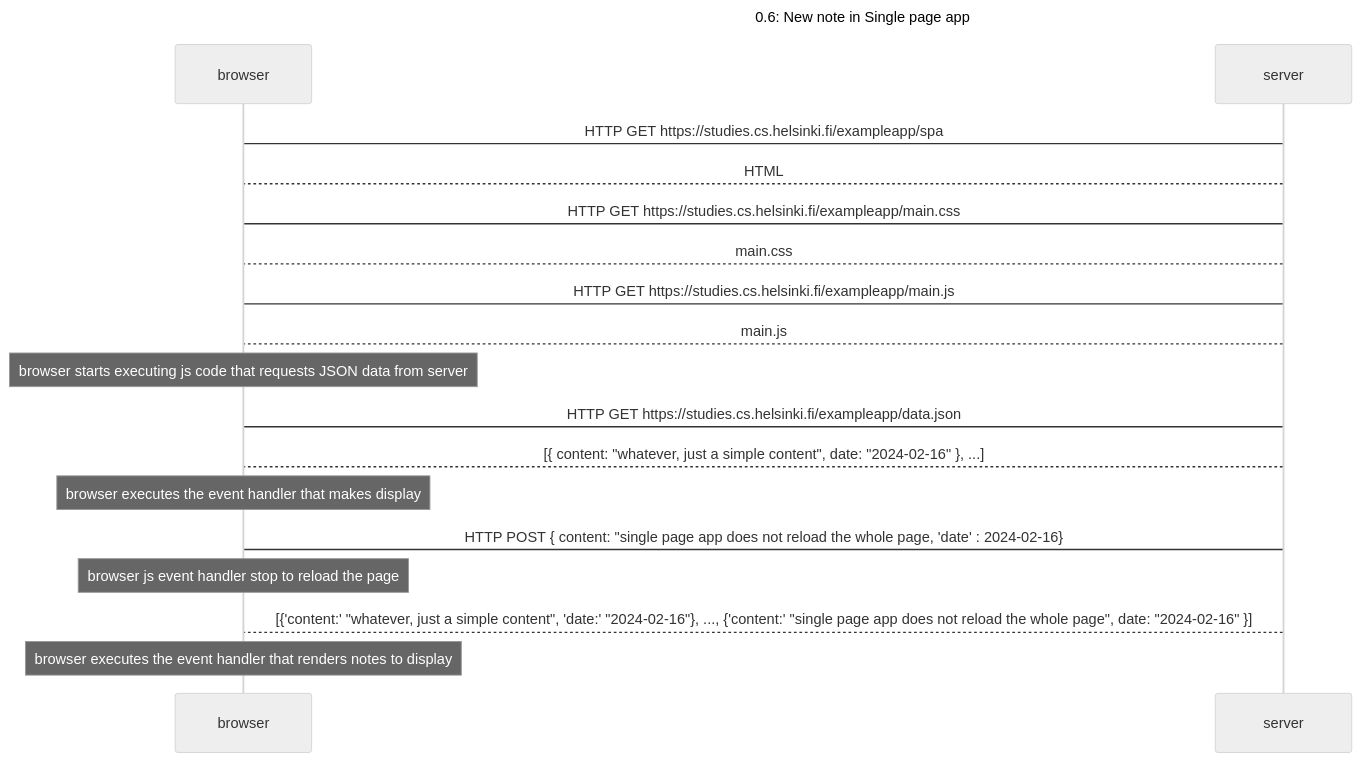
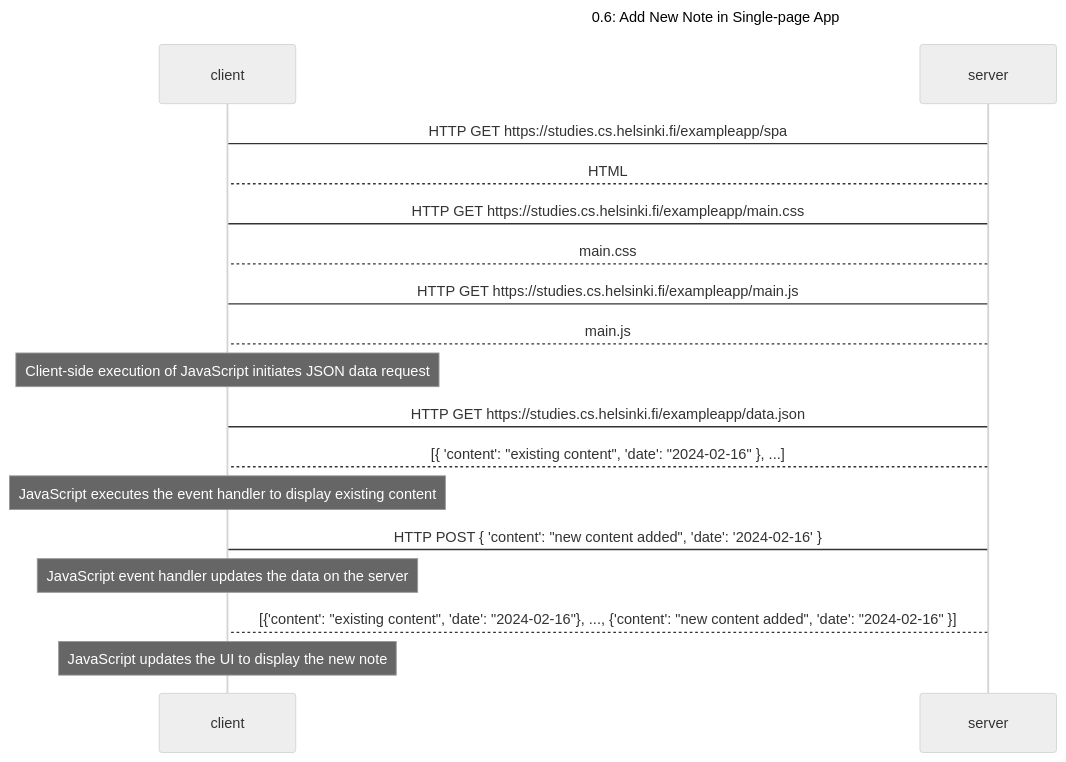
The diagram in part0/0.6.md (Vizard16/FullStackOpen), drawn with Mermaid (neutral theme) before and after one commit.

````diff
--- a/part0/0.6.md
+++ b/part0/0.6.md
@@ -3,25 +3,27 @@
 ```mermaid
 sequenceDiagram
-    Title: 0.6: New note in Single page app
+    Title: 0.6: Add New Note in Single-page App
 
-    browser->server: HTTP GET https://studies.cs.helsinki.fi/exampleapp/spa
-    server -->browser: HTML
-    browser->server: HTTP GET https://studies.cs.helsinki.fi/exampleapp/main.css 
-    server-->browser: main.css
-    browser->server: HTTP GET https://studies.cs.helsinki.fi/exampleapp/main.js
-    server-->browser: main.js
+    client->server: HTTP GET https://studies.cs.helsinki.fi/exampleapp/spa
+    server-->client: HTML
+    client->server: HTTP GET https://studies.cs.helsinki.fi/exampleapp/main.css 
+    server-->client: main.css
+    client->server: HTTP GET https://studies.cs.helsinki.fi/exampleapp/main.js
+    server-->client: main.js
 
-    note over browser: browser starts executing js code that requests JSON data from server
+    note over client: Client-side execution of JavaScript initiates JSON data request
 
-    browser->server: HTTP GET https://studies.cs.helsinki.fi/exampleapp/data.json
-    server-->browser: [{ content: "whatever, just a simple content", date: "2024-02-16" }, ...]
-    note over browser: browser executes the event handler that makes display 
+    client->server: HTTP GET https://studies.cs.helsinki.fi/exampleapp/data.json
+    server-->client: [{ 'content': "existing content", 'date': "2024-02-16" }, ...]
 
-    browser->server: HTTP POST { content: "single page app does not reload the whole page, 'date' : 2024-02-16}
+    note over client: JavaScript executes the event handler to display existing content
 
-    note over browser: browser js event handler stop to reload the page
+    client->server: HTTP POST { 'content': "new content added", 'date': '2024-02-16' }
 
-    server-->browser: [{'content:' "whatever, just a simple content", 'date:' "2024-02-16"}, ..., {'content:' "single page app does not reload the whole page", date: "2024-02-16" }]
+    note over client: JavaScript event handler updates the data on the server
 
-    note over browser: browser executes the event handler that renders notes to display
+    server-->client: [{'content': "existing content", 'date': "2024-02-16"}, ..., {'content': "new content added", 'date': "2024-02-16" }]
+
+    note over client: JavaScript updates the UI to display the new note
+
 ```
````
